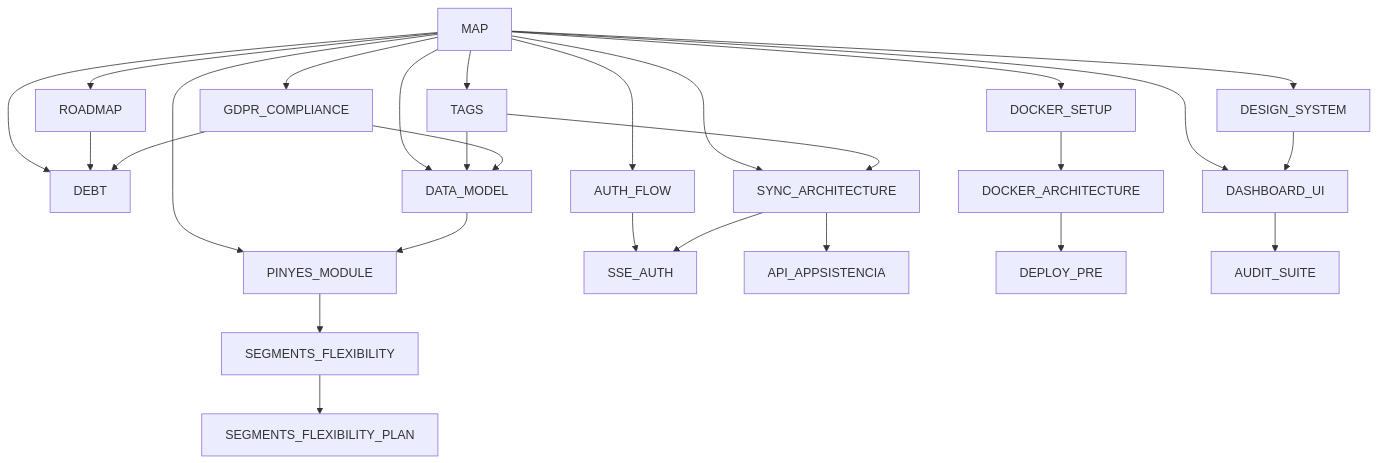
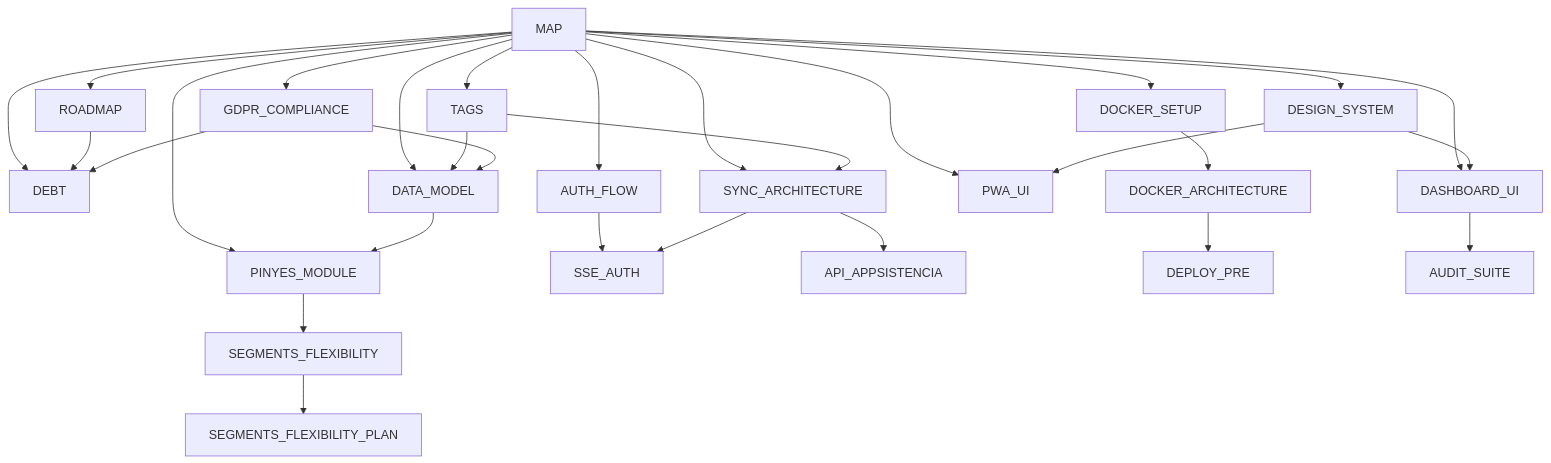
The diagram in docs/MAP.md (MuixerangaBarcelonaCat/MuixerApp), drawn with Mermaid before and after one commit. The commit also changed other lines of this file and 8 other files, not shown here.

````diff
--- a/docs/MAP.md
+++ b/docs/MAP.md
@@ -27,29 +27,31 @@
 ```mermaid
 graph TD
   MAP[MAP] --> ROADMAP
   MAP --> DEBT
   MAP --> DATA_MODEL
   MAP --> PINYES_MODULE
   MAP --> AUTH_FLOW
   MAP --> SYNC_ARCHITECTURE
   MAP --> DASHBOARD_UI
+  MAP --> PWA_UI
   MAP --> DESIGN_SYSTEM
   DESIGN_SYSTEM --> DASHBOARD_UI
+  DESIGN_SYSTEM --> PWA_UI
   MAP --> DOCKER_SETUP
   DATA_MODEL --> PINYES_MODULE
   MAP --> TAGS
   TAGS --> DATA_MODEL
   TAGS --> SYNC_ARCHITECTURE
   PINYES_MODULE --> SEGMENTS_FLEXIBILITY
   SEGMENTS_FLEXIBILITY --> SEGMENTS_FLEXIBILITY_PLAN
   AUTH_FLOW --> SSE_AUTH
   SYNC_ARCHITECTURE --> API_APPSISTENCIA
   SYNC_ARCHITECTURE --> SSE_AUTH
   DOCKER_SETUP --> DOCKER_ARCHITECTURE
   DOCKER_ARCHITECTURE --> DEPLOY_PRE
   DASHBOARD_UI --> AUDIT_SUITE
   ROADMAP --> DEBT
   MAP --> GDPR_COMPLIANCE
   GDPR_COMPLIANCE --> DATA_MODEL
   GDPR_COMPLIANCE --> DEBT
 ```
````
